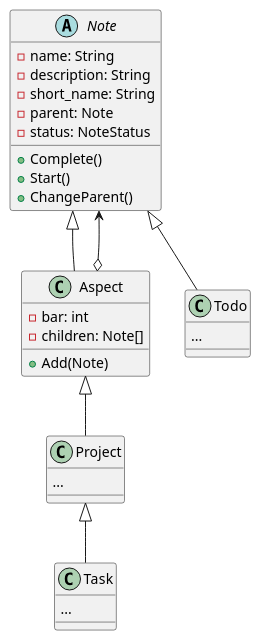
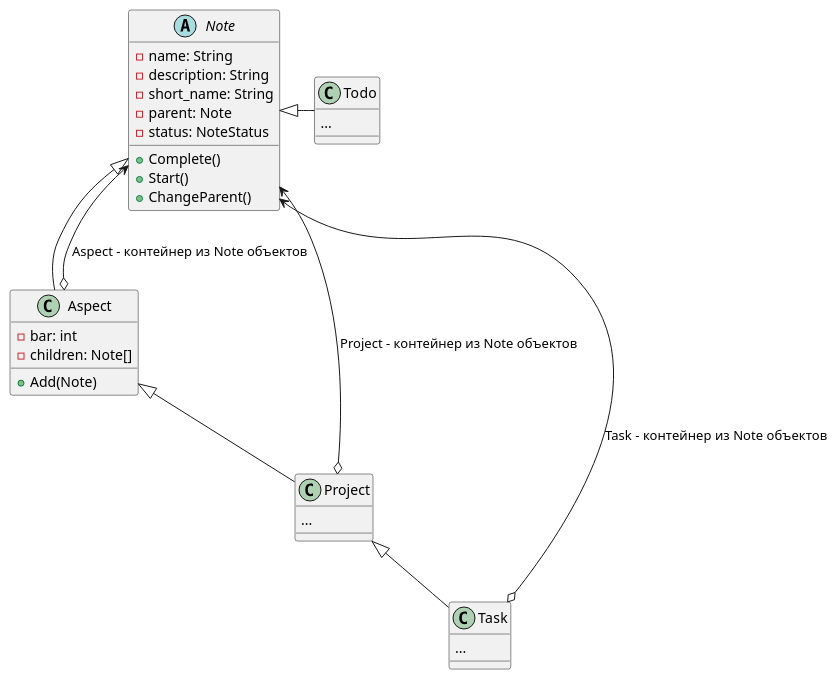
The diagram in Notes.puml (NeKita30/TODOshnick_pub), drawn with PlantUML before and after one commit. The commit also changed 14 other files, not shown here.

Commit message:
Добавлена UML для Viewer и работа над README

```diff
--- a/Notes.puml
+++ b/Notes.puml
@@ -1,38 +1,40 @@
 @startuml
 
 abstract class Note {
 + Complete()
 + Start()
 + ChangeParent()
 - name: String
 - description: String
 - short_name: String
 - parent: Note
 - status: NoteStatus
 }
 
 class Aspect {
 + Add(Note)
 - bar: int
 - children: Note[]
 }
 
 class Todo {
 ...
 }
 
 class Task {
 ...
 }
 
 class Project {
 ...
 }
 
-Aspect o--> Note
+Aspect o--> Note : Aspect - контейнер из Note объектов
+Project o--> Note : Project - контейнер из Note объектов
+Task o--> Note : Task - контейнер из Note объектов
 Note <|-- Aspect
 Aspect <|-- Project
 Project <|-- Task
-Note <|-- Todo
+Note <|- Todo
 
 @enduml
```
